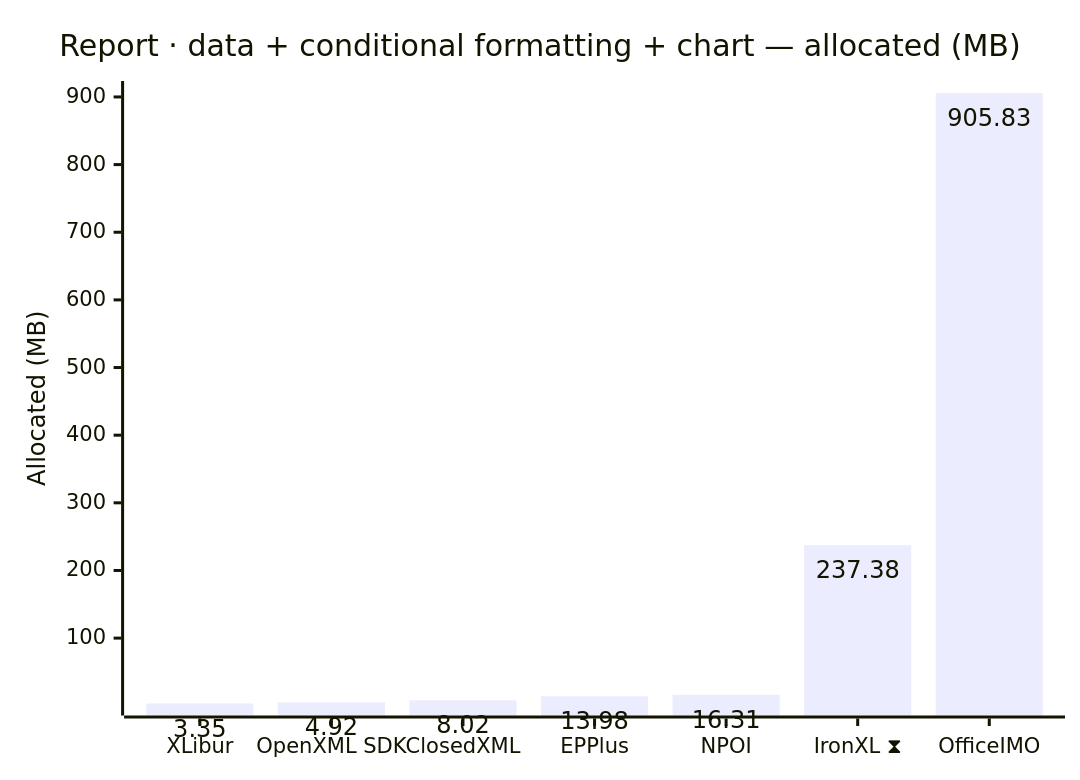
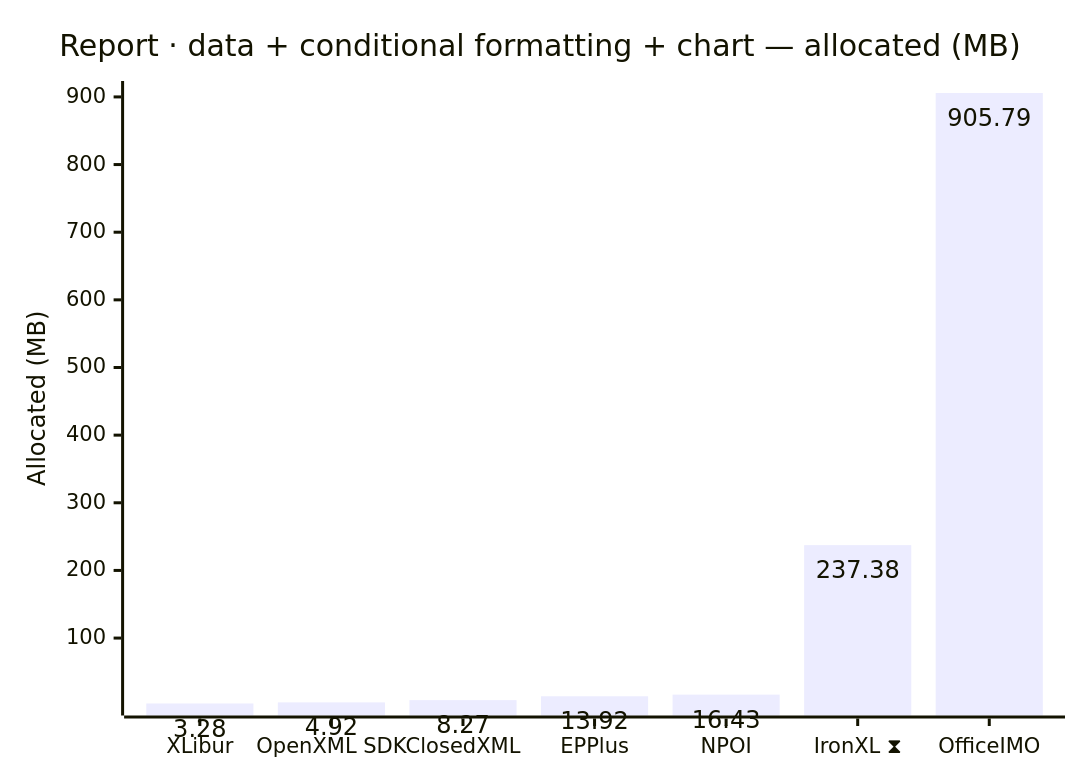
The tenth of 18 diagrams in docs/results-ci.md (jafin/XLBench), drawn with Mermaid before and after one commit. The commit also changed other lines of this file, not shown here.

````diff
--- a/docs/results-ci.md
+++ b/docs/results-ci.md
@@ -134,12 +160,12 @@
 ```mermaid
 ---
 config:
   xyChart:
     showDataLabel: true
 ---
 xychart-beta
     title "Report · data + conditional formatting + chart — allocated (MB)"
     x-axis ["XLibur", "OpenXML SDK", "ClosedXML", "EPPlus", "NPOI", "IronXL ⧗", "OfficeIMO"]
     y-axis "Allocated (MB)"
-    bar [3.35, 4.92, 8.02, 13.98, 16.31, 237.38, 905.83]
+    bar [3.28, 4.92, 8.27, 13.92, 16.43, 237.38, 905.79]
 ```
````
